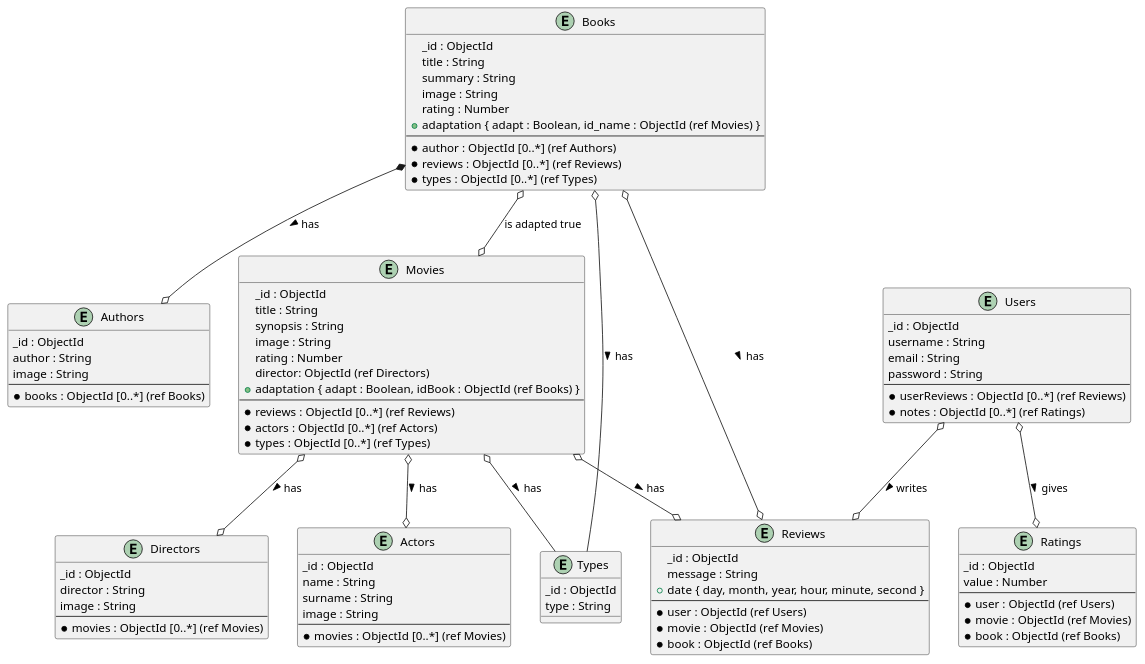
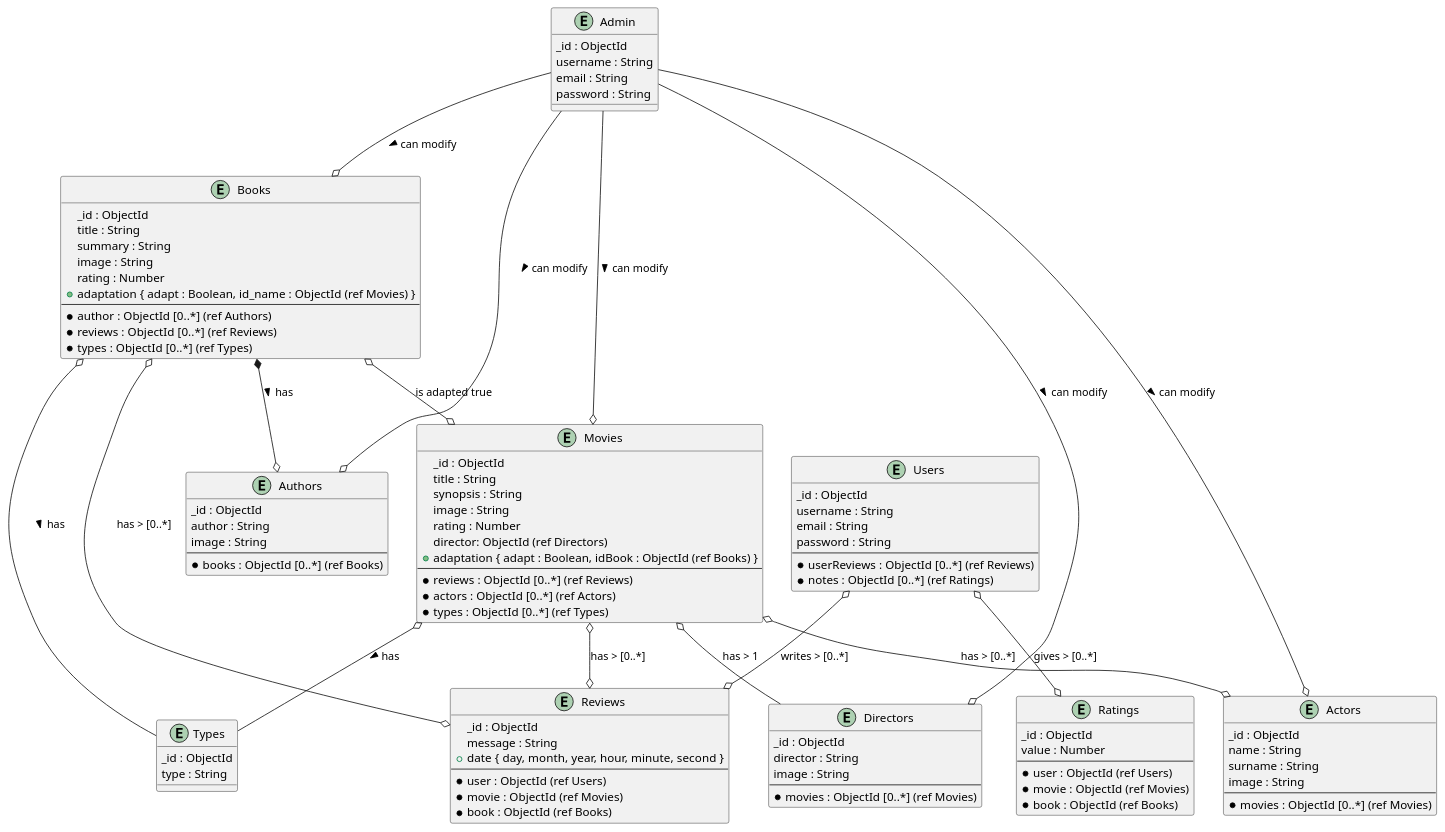
The diagram in structure.puml (Doriane77/DL_Noticer_backend), drawn with PlantUML before and after one commit.

Commit message:
correction diagrame

```diff
--- a/structure.puml
+++ b/structure.puml
@@ -1,100 +1,114 @@
 @startuml
+
+entity "Admin" {
+  _id : ObjectId
+  username : String
+  email : String
+  password : String
+}
+
+entity "Authors" {
+  _id : ObjectId
+  author : String
+  image : String
+  --
+  * books : ObjectId [0..*] (ref Books)
+}
+entity "Movies" {
+  _id : ObjectId
+  title : String
+  synopsis : String
+  image : String
+  rating : Number
+  director: ObjectId (ref Directors)
+  + adaptation { adapt : Boolean, idBook : ObjectId (ref Books) }
+  --
+  * reviews : ObjectId [0..*] (ref Reviews)
+  * actors : ObjectId [0..*] (ref Actors)
+  * types : ObjectId [0..*] (ref Types)
+}
 
 entity "Books" {
   _id : ObjectId
   title : String
   summary : String
   image : String
   rating : Number
   + adaptation { adapt : Boolean, id_name : ObjectId (ref Movies) }
   --
   * author : ObjectId [0..*] (ref Authors)
   * reviews : ObjectId [0..*] (ref Reviews)
   * types : ObjectId [0..*] (ref Types)
 }
 
-entity "Authors" {
-  _id : ObjectId
-  author : String
-  image : String
-  --
-  * books : ObjectId [0..*] (ref Books)
-}
-
-entity "Movies" {
-  _id : ObjectId
-  title : String
-  synopsis : String
-  image : String
-  rating : Number
-  director: ObjectId (ref Directors)
-  + adaptation { adapt : Boolean, idBook : ObjectId (ref Books) }
-  --
-  * reviews : ObjectId [0..*] (ref Reviews)
-  * actors : ObjectId [0..*] (ref Actors)
-  * types : ObjectId [0..*] (ref Types)
-}
 
 entity "Actors" {
   _id : ObjectId
   name : String
   surname : String
   image : String
   --
   * movies : ObjectId [0..*] (ref Movies)
 }
 
 entity "Directors" {
   _id : ObjectId
   director : String
   image : String
   --
   * movies : ObjectId [0..*] (ref Movies)
 }
 
 entity "Reviews" {
   _id : ObjectId
   message : String
   + date { day, month, year, hour, minute, second }
   --
   * user : ObjectId (ref Users)
   * movie : ObjectId (ref Movies)
   * book : ObjectId (ref Books)
 }
 
 entity "Types" {
   _id : ObjectId
   type : String
 }
 
 entity "Ratings" {
   _id : ObjectId
   value : Number
   --
   * user : ObjectId (ref Users)
   * movie : ObjectId (ref Movies)
   * book : ObjectId (ref Books)
 }
 
 entity "Users" {
   _id : ObjectId
   username : String
   email : String
   password : String
   --
   * userReviews : ObjectId [0..*] (ref Reviews)
   * notes : ObjectId [0..*] (ref Ratings)
 }
 
+"Admin" --o "Books" : can modify >
+"Admin" --o "Movies" : can modify >
+"Admin" --o "Actors" : can modify >
+"Admin" --o "Directors" : can modify >
+"Admin" --o "Authors" : can modify >
+
 "Books" *--o "Authors" : has > 
-"Books" o--o "Reviews" : has >
-"Books" o-- "Types" : has >
+"Books" o--o "Reviews" : has > [0..*]
+"Books" o-- "Types" : has > 
 "Books" o--o "Movies" : is adapted true 
-"Movies" o--o "Actors" : has >
-"Movies" o--o "Directors" : has >
-"Movies" o--o "Reviews" : has >
-"Movies" o-- "Types" : has >
-"Users" o--o "Reviews" : writes >
-"Users" o--o "Ratings" : gives >
+
+"Movies" o-- "Directors" : has > 1
+"Movies" o--o "Actors" : has > [0..*]
+"Movies" o--o "Reviews" : has > [0..*]
+"Movies" o-- "Types" : has > 
+"Users" o--o "Reviews" : writes > [0..*]
+"Users" o--o "Ratings" : gives > [0..*]
 
 @enduml
```
